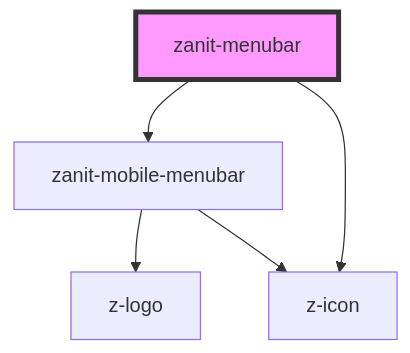
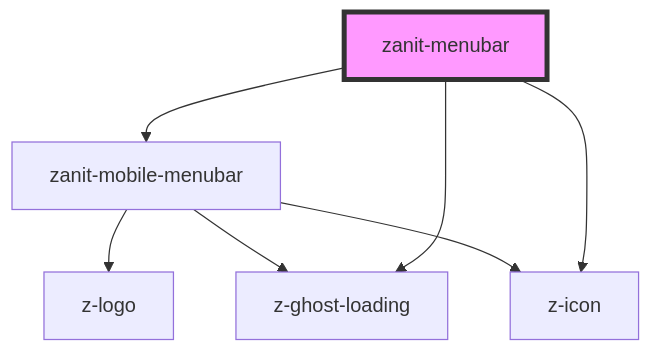
Before and after one commit to ZanichelliEditore/zanichelli-it-frontend-kit: the diagram in src/components/menubar/readme.md, drawn with Mermaid. The commit also changed other lines of this file and 7 other files, not shown here.

Commit message:
fix style export; add ghost loading

````diff
--- a/src/components/menubar/readme.md
+++ b/src/components/menubar/readme.md
@@ -35,8 +36,10 @@
 ```mermaid
 graph TD;
   zanit-menubar --> zanit-mobile-menubar
+  zanit-menubar --> z-ghost-loading
   zanit-menubar --> z-icon
   zanit-mobile-menubar --> z-logo
   zanit-mobile-menubar --> z-icon
+  zanit-mobile-menubar --> z-ghost-loading
   style zanit-menubar fill:#f9f,stroke:#333,stroke-width:4px
 ```
````
